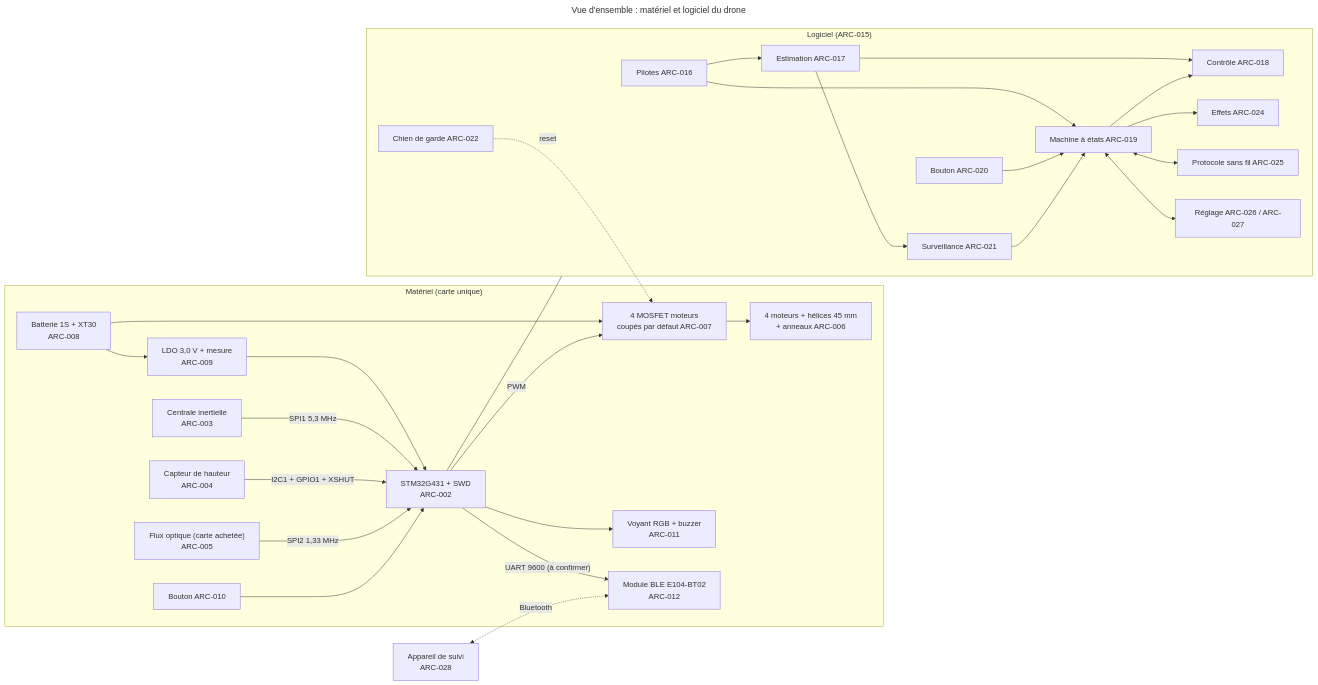
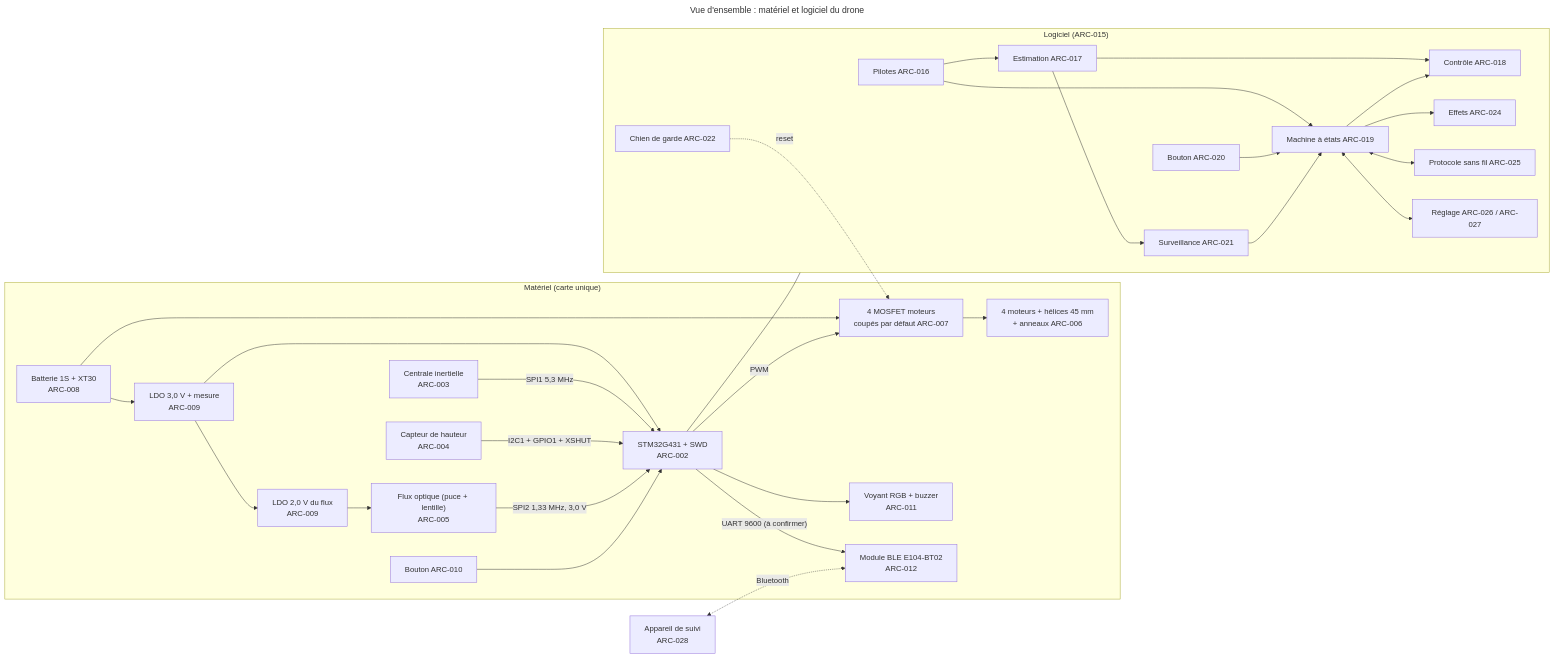
The first of 3 diagrams in projets/boomrone/03-architecture.md (thourymatthieu-png/coworker_archi_system), drawn with Mermaid before and after one commit. The commit also changed other lines of this file and 7 other files, not shown here.

First line of the commit message:
Boomrone : flux optique PMW3901 acheté et posé par JLCPCB, DEC-246 à DEC-250

````diff
--- a/projets/boomrone/03-architecture.md
+++ b/projets/boomrone/03-architecture.md
@@ -14,34 +15,36 @@
 ```mermaid
 ---
 title: "Vue d'ensemble : matériel et logiciel du drone"
 ---
 flowchart LR
     subgraph MAT["Matériel (carte unique)"]
         BAT["Batterie 1S + XT30<br/>ARC-008"] --> LDO["LDO 3,0 V + mesure<br/>ARC-009"]
         BAT --> MOS["4 MOSFET moteurs<br/>coupés par défaut ARC-007"]
         MOS --> MOT["4 moteurs + hélices 45 mm<br/>+ anneaux ARC-006"]
         LDO --> MCU["STM32G431 + SWD<br/>ARC-002"]
         IMU["Centrale inertielle<br/>ARC-003"] -- "SPI1 5,3 MHz" --> MCU
         TOF["Capteur de hauteur<br/>ARC-004"] -- "I2C1 + GPIO1 + XSHUT" --> MCU
-        FLX["Flux optique (carte achetée)<br/>ARC-005"] -- "SPI2 1,33 MHz" --> MCU
+        LDO --> LDF["LDO 2,0 V du flux<br/>ARC-009"]
+        LDF --> FLX["Flux optique (puce + lentille)<br/>ARC-005"]
+        FLX -- "SPI2 1,33 MHz, 3,0 V" --> MCU
         BTN["Bouton ARC-010"] --> MCU
         MCU -- "PWM" --> MOS
         MCU --> LED["Voyant RGB + buzzer<br/>ARC-011"]
         MCU -- "UART 9600 (à confirmer)" --> BLE["Module BLE E104-BT02<br/>ARC-012"]
     end
     subgraph LOG["Logiciel (ARC-015)"]
         DRV["Pilotes ARC-016"] --> EST["Estimation ARC-017"]
         EST --> CTL["Contrôle ARC-018"]
         DRV --> FSM["Machine à états ARC-019"]
         BUT["Bouton ARC-020"] --> FSM
         SAF["Surveillance ARC-021"] --> FSM
         EST --> SAF
         FSM --> CTL
         FSM --> EFF["Effets ARC-024"]
         FSM <--> RAD["Protocole sans fil ARC-025"]
         FSM <--> TUN["Réglage ARC-026 / ARC-027"]
         WDG["Chien de garde ARC-022"] -. "reset" .-> MOS
     end
     PC["Appareil de suivi<br/>ARC-028"] <-. "Bluetooth" .-> BLE
     MCU --- LOG
 ```
````
